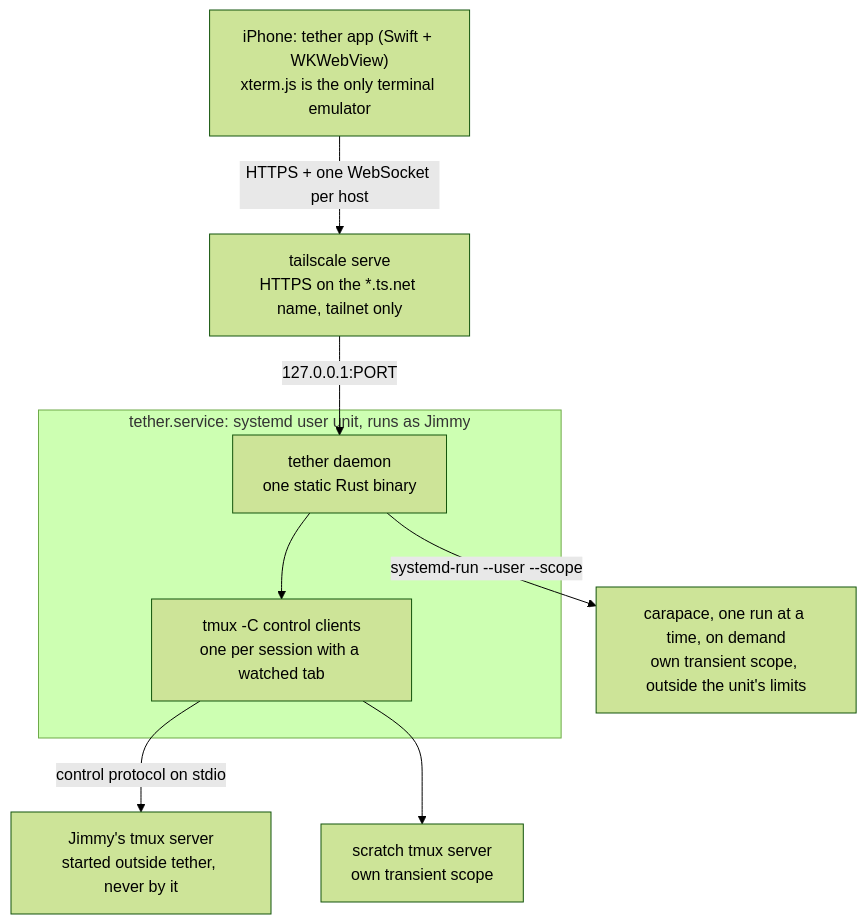
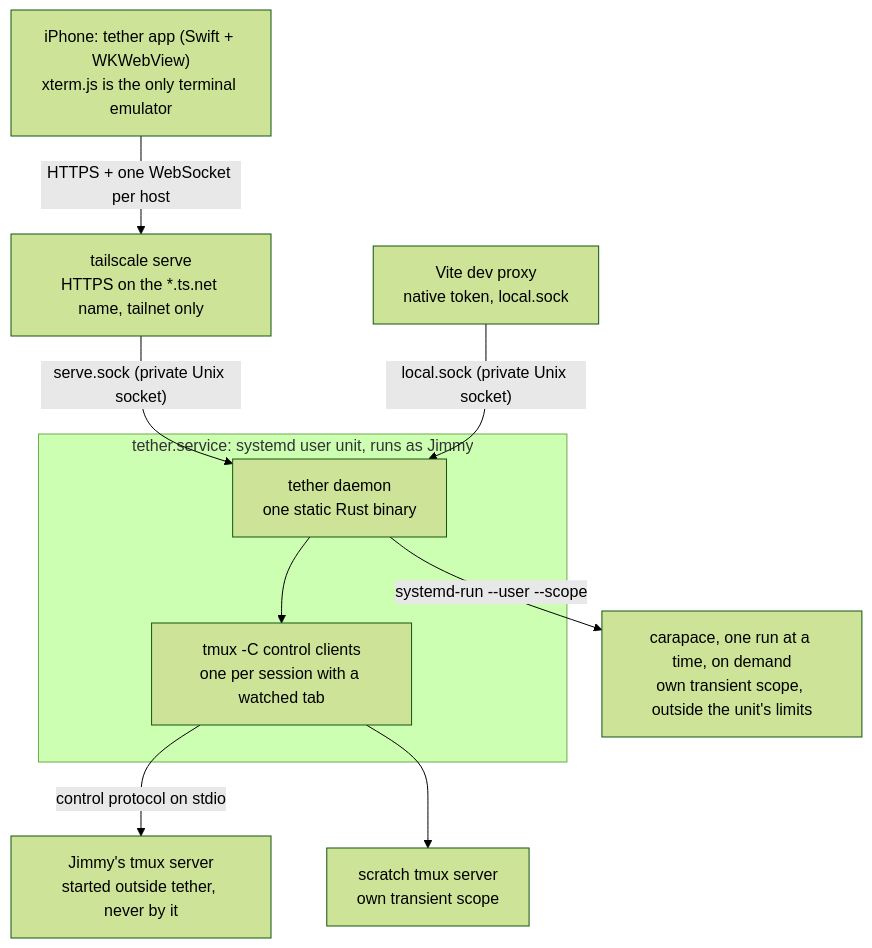
Before and after one commit to haowjy/tether: the diagram in docs/design/plan.md, drawn with Mermaid (forest theme). The commit also changed other lines of this file and 35 other files, not shown here.

````diff
--- a/docs/design/plan.md
+++ b/docs/design/plan.md
@@ -88,18 +90,20 @@
 ```mermaid
 flowchart TB
   phone["iPhone: tether app (Swift + WKWebView)<br/>xterm.js is the only terminal emulator"]
   serve["tailscale serve<br/>HTTPS on the *.ts.net name, tailnet only"]
   subgraph unit["tether.service: systemd user unit, runs as Jimmy"]
     daemon["tether daemon<br/>one static Rust binary"]
     cc["tmux -C control clients<br/>one per session with a watched tab"]
   end
+  dev["Vite dev proxy<br/>native token, local.sock"]
   carapace["carapace, one run at a time, on demand<br/>own transient scope, outside the unit's limits"]
   tmux["Jimmy's tmux server<br/>started outside tether, never by it"]
   scratch["scratch tmux server<br/>own transient scope"]
   phone -- "HTTPS + one WebSocket per host" --> serve
-  serve -- "127.0.0.1:PORT" --> daemon
+  serve -- "serve.sock (private Unix socket)" --> daemon
+  dev -- "local.sock (private Unix socket)" --> daemon
   daemon --> cc
   cc -- "control protocol on stdio" --> tmux
   cc --> scratch
   daemon -- "systemd-run --user --scope" --> carapace
 ```
````
